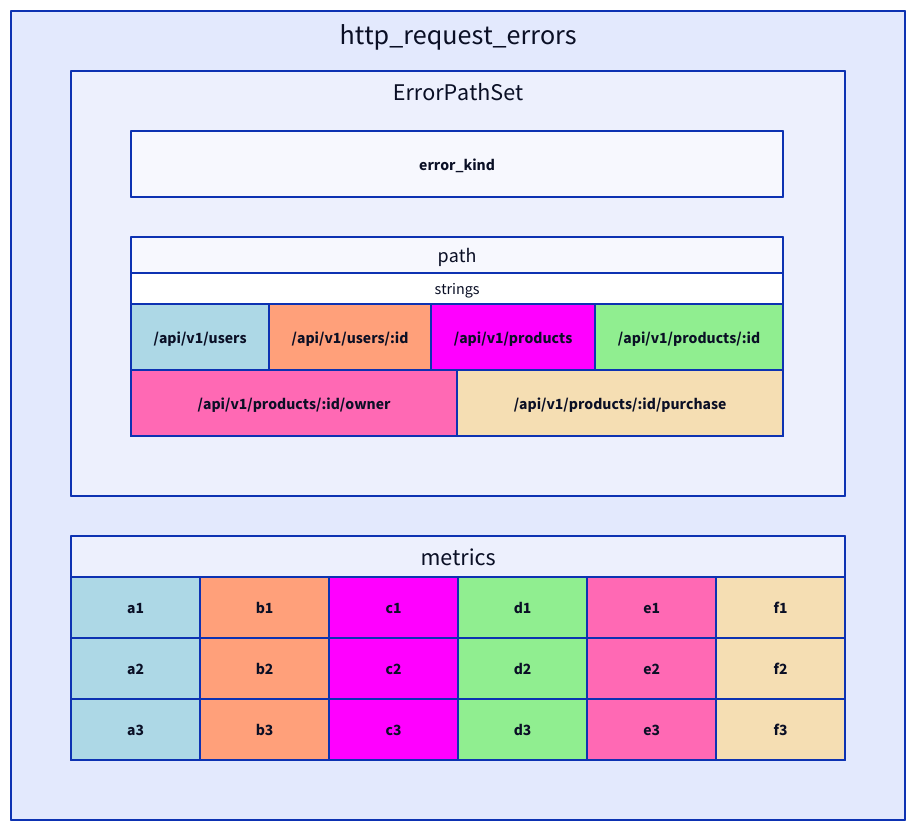
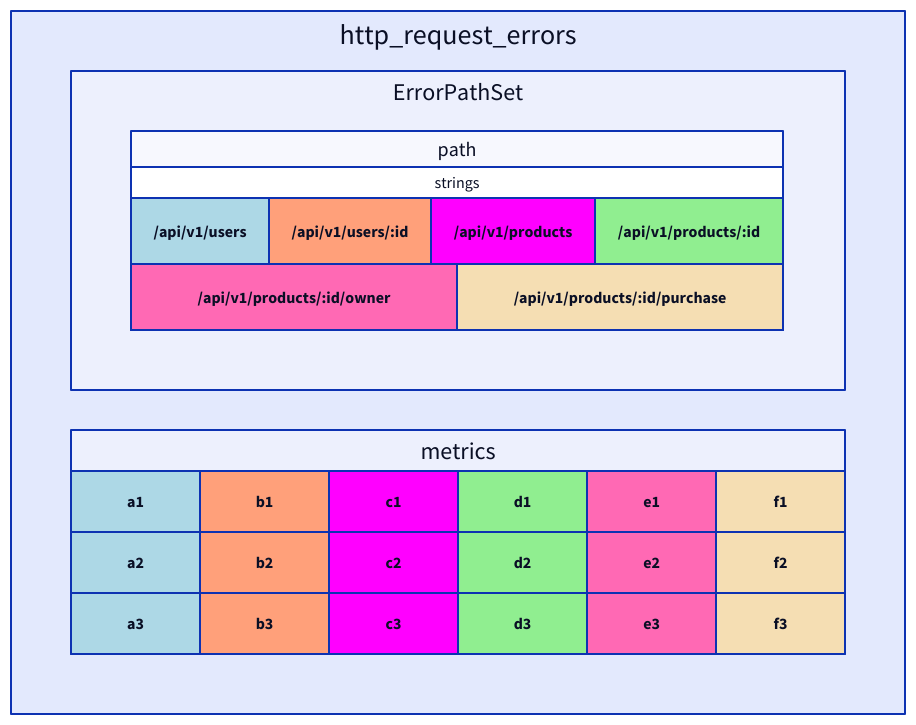
The diagram in docs/measured.d2 (conradludgate/measured), drawn with D2 before and after one commit. The commit also changed 7 other files, not shown here.

```diff
--- a/docs/measured.d2
+++ b/docs/measured.d2
@@ -1,92 +1,99 @@
 http_request_errors: {
   grid-rows: 2
   # grid-gap: 0
   label_set: ErrorPathSet {
     grid-rows: 2
-    error_kind
+    # error_kind: {
+    #   grid-columns: 3
+    #   grid-gap: 0
+
+    #   "user".class: [error_kind; kind_1]
+    #   "internal".class: [error_kind; kind_2]
+    #   "network".class: [error_kind; kind_3]
+    # }
     path: {
       grid-rows: 1
       grid-gap: 0
       strings: {
         grid-rows: 2
         grid-gap: 0
         a: "/api/v1/users"
         b: "/api/v1/users/:id"
         c: "/api/v1/products"
         d: "/api/v1/products/:id"
         e: "/api/v1/products/:id/owner"
         f: "/api/v1/products/:id/purchase"
 
-        a.style.fill: "lightblue"
-        b.style.fill: "lightsalmon"
-        c.style.fill: "magenta"
-        d.style.fill: "lightgreen"
-        e.style.fill: "hotpink"
-        f.style.fill: "wheat"
+        a.class: path_a
+        b.class: path_b
+        c.class: path_c
+        d.class: path_d
+        e.class: path_e
+        f.class: path_f
       }
     }
   }
   metrics: {
     grid-columns: 6
     grid-rows: 3
     grid-gap: 0
 
-    a1.class: path_a
-    a2.class: path_a
-    a3.class: path_a
-    b1.class: path_b
-    b2.class: path_b
-    b3.class: path_b
-    c1.class: path_c
-    c2.class: path_c
-    c3.class: path_c
-    d1.class: path_d
-    d2.class: path_d
-    d3.class: path_d
-    e1.class: path_e
-    e2.class: path_e
-    e3.class: path_e
-    f1.class: path_f
-    f2.class: path_f
-    f3.class: path_f
+    a1.class: [metric; path_a; kind_1]
+    a2.class: [metric; path_a; kind_2]
+    a3.class: [metric; path_a; kind_3]
+    b1.class: [metric; path_b; kind_1]
+    b2.class: [metric; path_b; kind_2]
+    b3.class: [metric; path_b; kind_3]
+    c1.class: [metric; path_c; kind_1]
+    c2.class: [metric; path_c; kind_2]
+    c3.class: [metric; path_c; kind_3]
+    d1.class: [metric; path_d; kind_1]
+    d2.class: [metric; path_d; kind_2]
+    d3.class: [metric; path_d; kind_3]
+    e1.class: [metric; path_e; kind_1]
+    e2.class: [metric; path_e; kind_2]
+    e3.class: [metric; path_e; kind_3]
+    f1.class: [metric; path_f; kind_1]
+    f2.class: [metric; path_f; kind_2]
+    f3.class: [metric; path_f; kind_3]
   }
 }
 
 classes: {
+  metric: {
+    width: 129
+  }
   path_a: {
-    width: 129
     style: {
       fill: "lightblue"
     }
   }
   path_b: {
-    width: 129
     style: {
       fill: "lightsalmon"
     }
   }
   path_c: {
-    width: 129
     style: {
       fill: "magenta"
     }
   }
   path_d: {
-    width: 129
     style: {
       fill: "lightgreen"
     }
   }
   path_e: {
-    width: 129
     style: {
       fill: "hotpink"
     }
   }
   path_f: {
-    width: 129
     style: {
       fill: "wheat"
     }
   }
+  kind_1
+  kind_2
+  kind_3
 }
```
